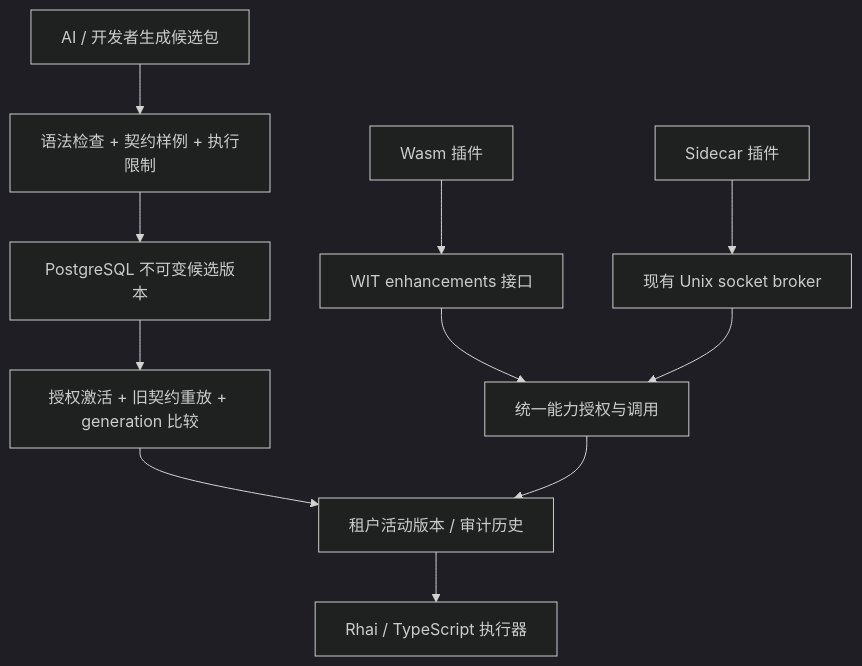
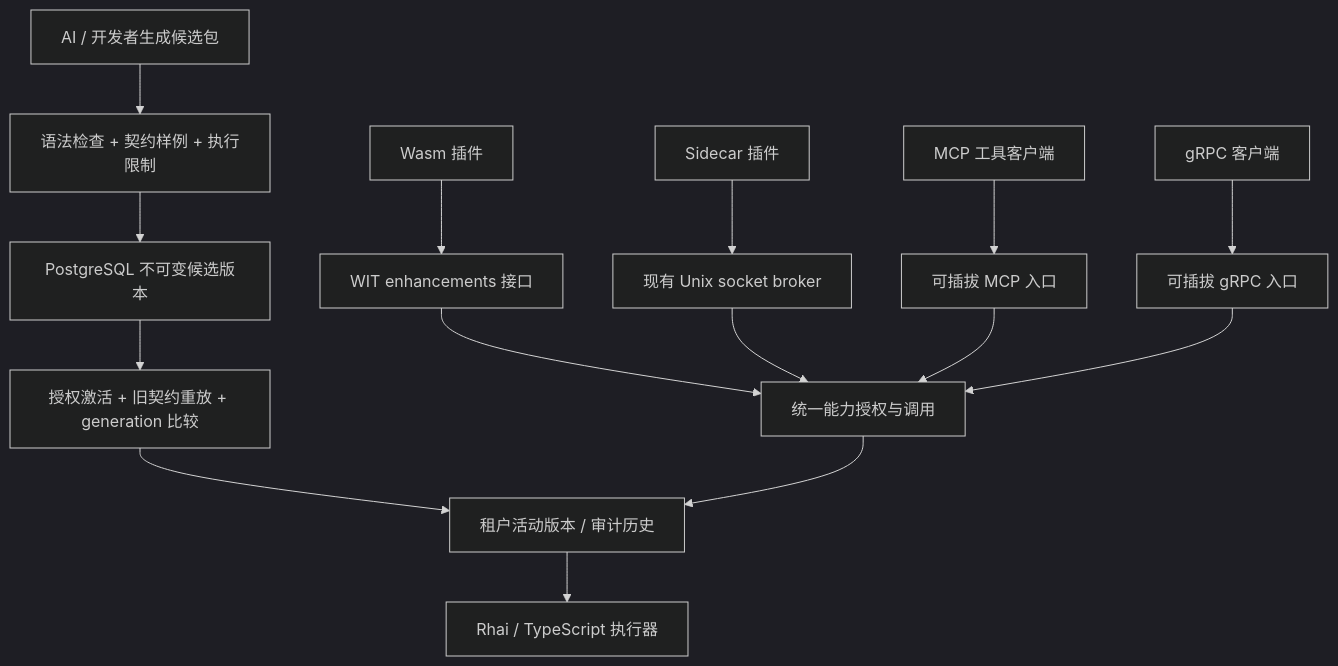
Before and after one commit to org-aio/aio-platform: the diagram in docs/plugin/microkernel-evolution.md, drawn with Mermaid (dark theme). The commit also changed other lines of this file and 63 other files, not shown here.

Commit message:
feat(runtime): compose capabilities and add MCP and gRPC adapters

````diff
--- a/docs/plugin/microkernel-evolution.md
+++ b/docs/plugin/microkernel-evolution.md
@@ -15,13 +17,17 @@
 ```mermaid
 flowchart TD
     AI[AI / 开发者生成候选包] --> V[语法检查 + 契约样例 + 执行限制]
     V --> R[PostgreSQL 不可变候选版本]
     R --> A[授权激活 + 旧契约重放 + generation 比较]
     A --> H[租户活动版本 / 审计历史]
     W[Wasm 插件] --> WIT[WIT enhancements 接口]
     P[Sidecar 插件] --> B[现有 Unix socket broker]
     WIT --> I[统一能力授权与调用]
     B --> I
+    M[MCP 工具客户端] --> MP[可插拔 MCP 入口]
+    G[gRPC 客户端] --> GP[可插拔 gRPC 入口]
+    MP --> I
+    GP --> I
     I --> H
     H --> E[Rhai / TypeScript 执行器]
 ```
````
